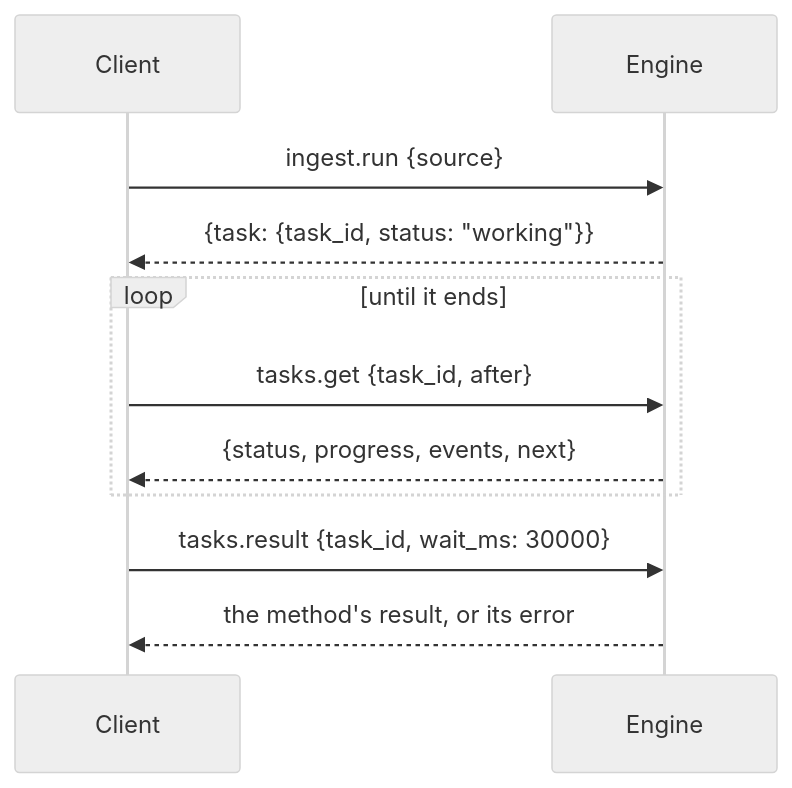
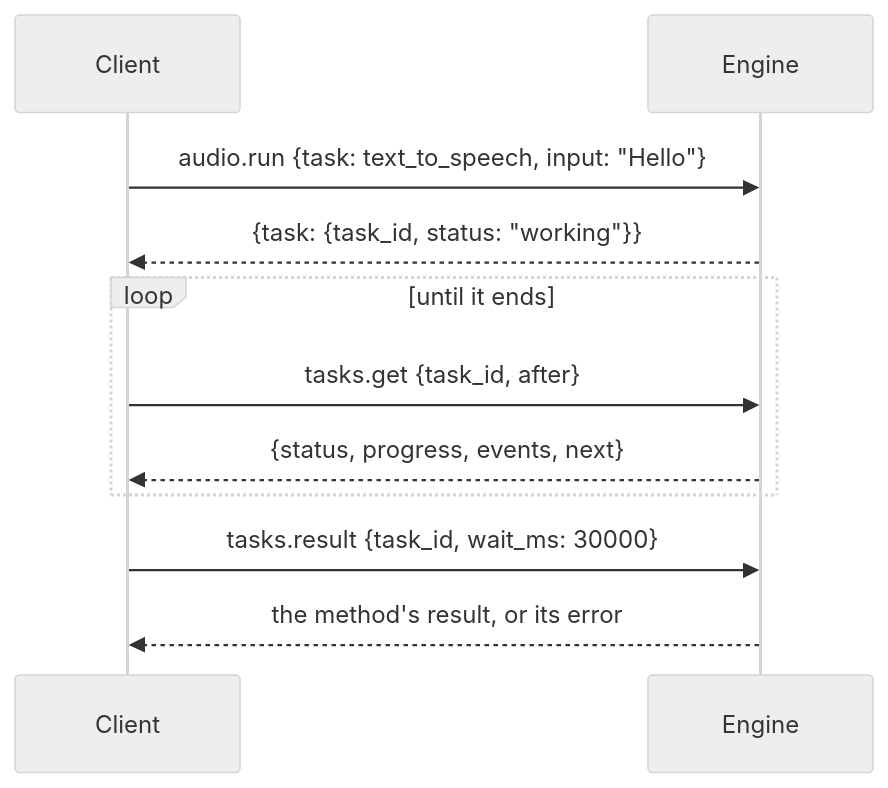
Before and after one commit to cluaiz/cluaiz: the second of 2 diagrams in docs/api/cep/README.md, drawn with Mermaid (neutral theme). The commit also changed other lines of this file and 41 other files, not shown here.

````diff
--- a/docs/api/cep/README.md
+++ b/docs/api/cep/README.md
@@ -134,13 +134,13 @@
 ```mermaid
 sequenceDiagram
     participant C as Client
     participant E as Engine
-    C->>E: ingest.run {source}
+    C->>E: audio.run {task: text_to_speech, input: "Hello"}
     E-->>C: {task: {task_id, status: "working"}}
     loop until it ends
         C->>E: tasks.get {task_id, after}
         E-->>C: {status, progress, events, next}
     end
     C->>E: tasks.result {task_id, wait_ms: 30000}
     E-->>C: the method's result, or its error
 ```
````
